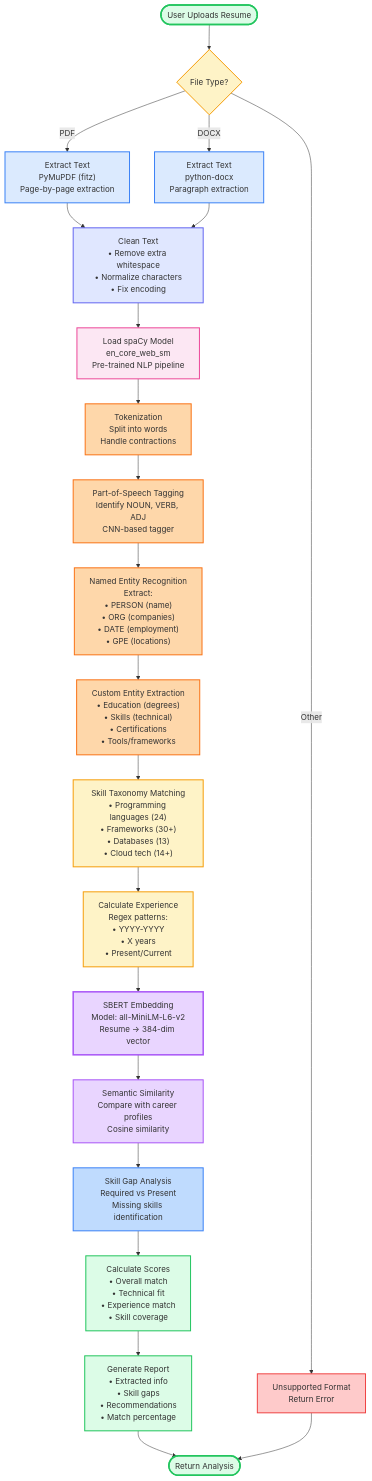
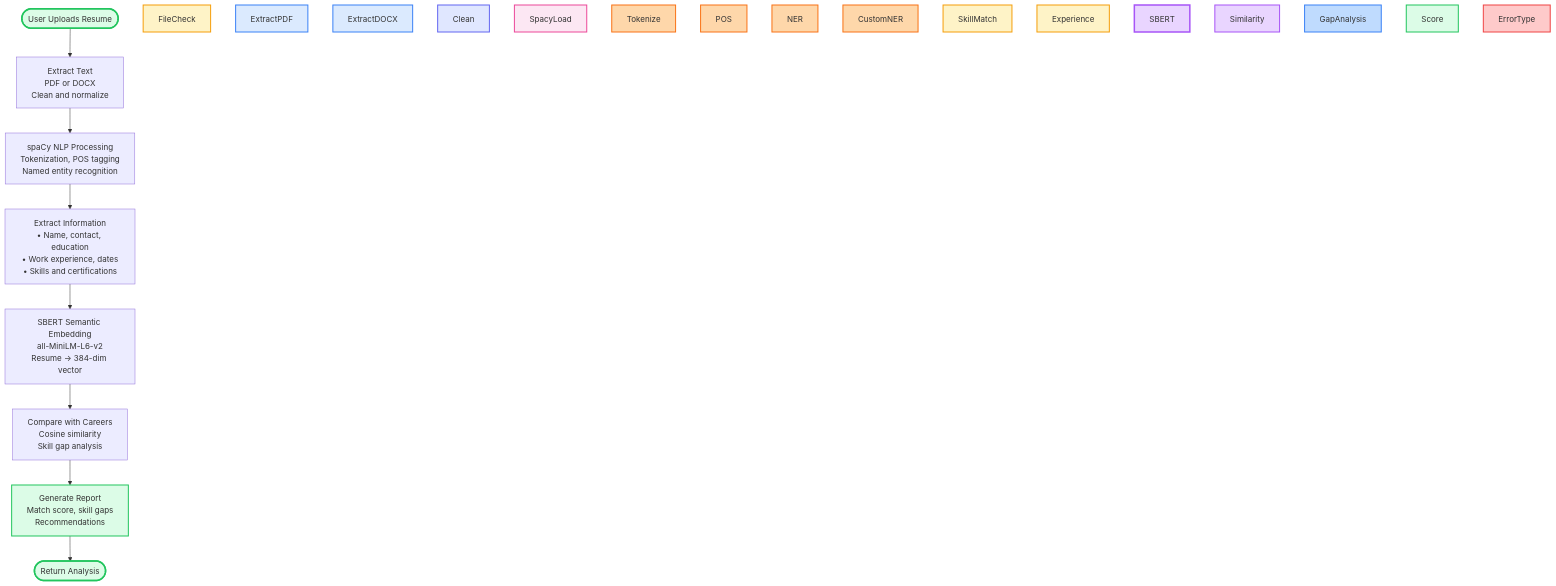
Before and after one commit to rafainamdar04/BrightPathCareerRecommendation: the diagram in docs/figures/07_resume_nlp_pipeline.mmd, drawn with Mermaid. The commit also changed 5 other files, not shown here.

First line of the commit message:
Simplify complex diagrams for better readability

```diff
--- a/docs/figures/07_resume_nlp_pipeline.mmd
+++ b/docs/figures/07_resume_nlp_pipeline.mmd
@@ -1,58 +1,36 @@
 flowchart TD
-    %% Resume Analysis NLP Pipeline
+    %% Resume Analysis NLP Pipeline - Simplified
     
-    Start([User Uploads Resume]) --> FileCheck{File Type?}
+    Start([User Uploads Resume]) --> Extract["Extract Text<br/>PDF or DOCX<br/>Clean and normalize"]
     
-    FileCheck -->|PDF| ExtractPDF["Extract Text<br/>PyMuPDF (fitz)<br/>Page-by-page extraction"]
-    FileCheck -->|DOCX| ExtractDOCX["Extract Text<br/>python-docx<br/>Paragraph extraction"]
-    FileCheck -->|Other| ErrorType["Unsupported Format<br/>Return Error"]
+    Extract --> NLP["spaCy NLP Processing<br/>Tokenization, POS tagging<br/>Named entity recognition"]
     
-    ExtractPDF --> Clean["Clean Text<br/>• Remove extra whitespace<br/>• Normalize characters<br/>• Fix encoding"]
-    ExtractDOCX --> Clean
+    NLP --> Extract_Info["Extract Information<br/>• Name, contact, education<br/>• Work experience, dates<br/>• Skills and certifications"]
     
-    Clean --> SpacyLoad["Load spaCy Model<br/>en_core_web_sm<br/>Pre-trained NLP pipeline"]
+    Extract_Info --> Embed["SBERT Semantic Embedding<br/>all-MiniLM-L6-v2<br/>Resume → 384-dim vector"]
     
-    SpacyLoad --> Tokenize["Tokenization<br/>Split into words<br/>Handle contractions"]
+    Embed --> Compare["Compare with Careers<br/>Cosine similarity<br/>Skill gap analysis"]
     
-    Tokenize --> POS["Part-of-Speech Tagging<br/>Identify NOUN, VERB, ADJ<br/>CNN-based tagger"]
-    
-    POS --> NER["Named Entity Recognition<br/>Extract:<br/>• PERSON (name)<br/>• ORG (companies)<br/>• DATE (employment)<br/>• GPE (locations)"]
-    
-    NER --> CustomNER["Custom Entity Extraction<br/>• Education (degrees)<br/>• Skills (technical)<br/>• Certifications<br/>• Tools/frameworks"]
-    
-    CustomNER --> SkillMatch["Skill Taxonomy Matching<br/>• Programming languages (24)<br/>• Frameworks (30+)<br/>• Databases (13)<br/>• Cloud tech (14+)"]
-    
-    SkillMatch --> Experience["Calculate Experience<br/>Regex patterns:<br/>• YYYY-YYYY<br/>• X years<br/>• Present/Current"]
-    
-    Experience --> SBERT["SBERT Embedding<br/>Model: all-MiniLM-L6-v2<br/>Resume → 384-dim vector"]
-    
-    SBERT --> Similarity["Semantic Similarity<br/>Compare with career profiles<br/>Cosine similarity"]
-    
-    Similarity --> GapAnalysis["Skill Gap Analysis<br/>Required vs Present<br/>Missing skills identification"]
-    
-    GapAnalysis --> Score["Calculate Scores<br/>• Overall match<br/>• Technical fit<br/>• Experience match<br/>• Skill coverage"]
-    
-    Score --> Report["Generate Report<br/>• Extracted info<br/>• Skill gaps<br/>• Recommendations<br/>• Match percentage"]
+    Compare --> Report["Generate Report<br/>Match score, skill gaps<br/>Recommendations"]
     
     Report --> End([Return Analysis])
-    ErrorType --> End
     
     style Start fill:#dcfce7,stroke:#22c55e,stroke-width:3px
     style FileCheck fill:#fef3c7,stroke:#f59e0b,stroke-width:2px
     style ExtractPDF fill:#dbeafe,stroke:#3b82f6,stroke-width:2px
     style ExtractDOCX fill:#dbeafe,stroke:#3b82f6,stroke-width:2px
     style Clean fill:#e0e7ff,stroke:#6366f1,stroke-width:2px
     style SpacyLoad fill:#fce7f3,stroke:#ec4899,stroke-width:2px
     style Tokenize fill:#fed7aa,stroke:#f97316,stroke-width:2px
     style POS fill:#fed7aa,stroke:#f97316,stroke-width:2px
     style NER fill:#fed7aa,stroke:#f97316,stroke-width:2px
     style CustomNER fill:#fed7aa,stroke:#f97316,stroke-width:2px
     style SkillMatch fill:#fef3c7,stroke:#f59e0b,stroke-width:2px
     style Experience fill:#fef3c7,stroke:#f59e0b,stroke-width:2px
     style SBERT fill:#e9d5ff,stroke:#a855f7,stroke-width:3px
     style Similarity fill:#e9d5ff,stroke:#a855f7,stroke-width:2px
     style GapAnalysis fill:#bfdbfe,stroke:#3b82f6,stroke-width:2px
     style Score fill:#dcfce7,stroke:#22c55e,stroke-width:2px
     style Report fill:#dcfce7,stroke:#22c55e,stroke-width:2px
     style ErrorType fill:#fecaca,stroke:#ef4444,stroke-width:2px
     style End fill:#dcfce7,stroke:#22c55e,stroke-width:3px
```
